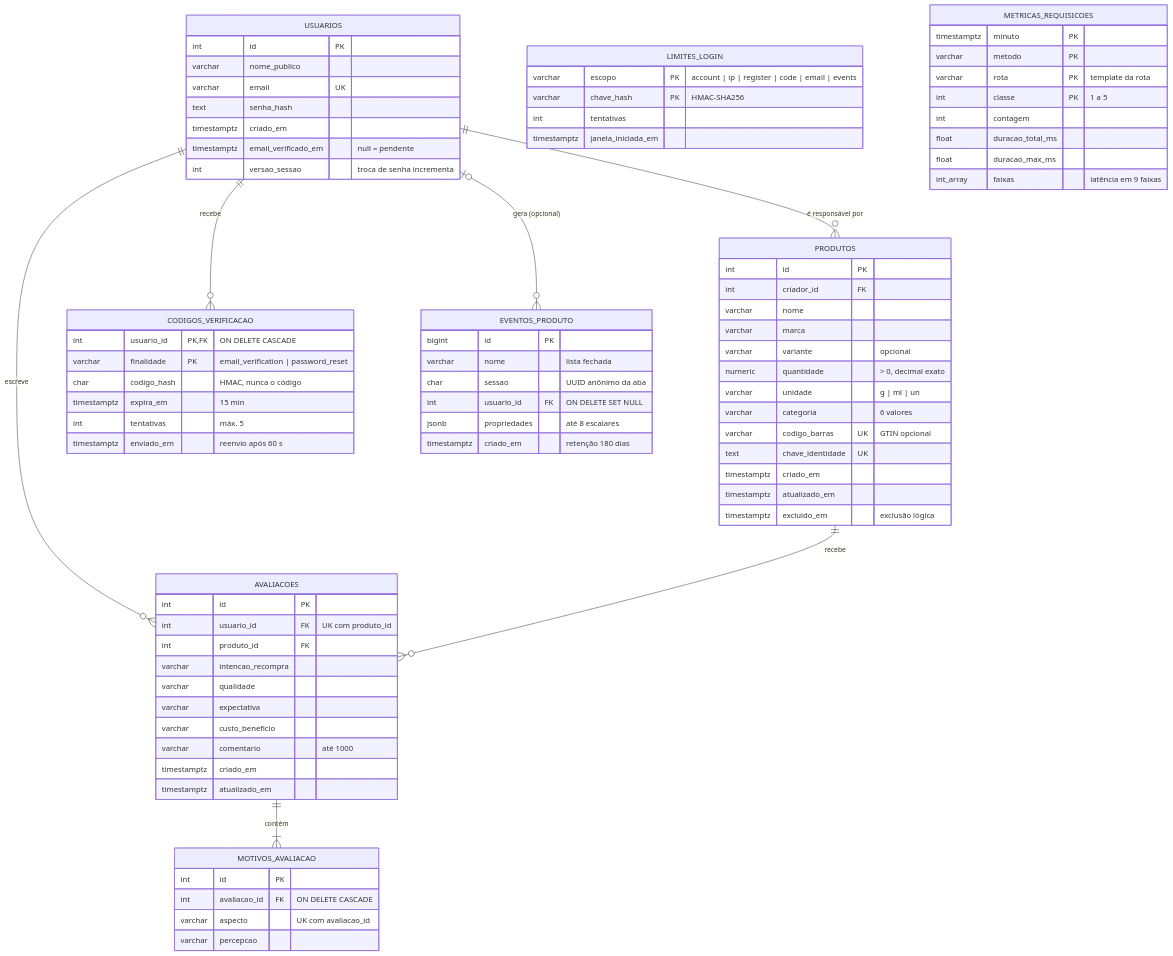
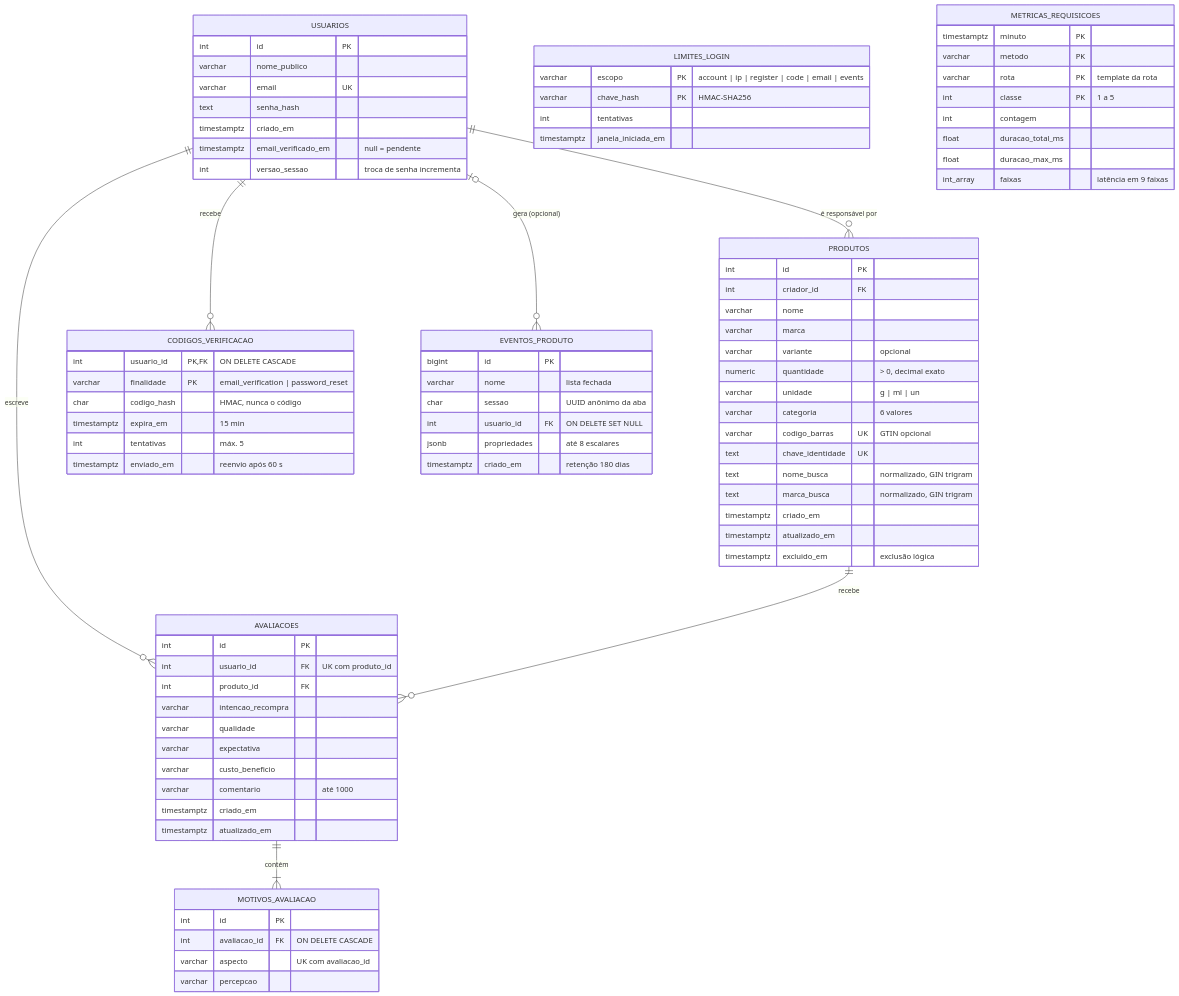
The third of 7 diagrams in docs/diagramas.md (vsys-val/fastapi-merchant-app), drawn with Mermaid before and after one commit. The commit also changed 12 other files, not shown here.

```diff
--- a/docs/diagramas.md
+++ b/docs/diagramas.md
@@ -90,6 +90,8 @@
     varchar categoria "6 valores"
     varchar codigo_barras UK "GTIN opcional"
     text chave_identidade UK
+    text nome_busca "normalizado, GIN trigram"
+    text marca_busca "normalizado, GIN trigram"
     timestamptz criado_em
     timestamptz atualizado_em
     timestamptz excluido_em "exclusão lógica"
```
